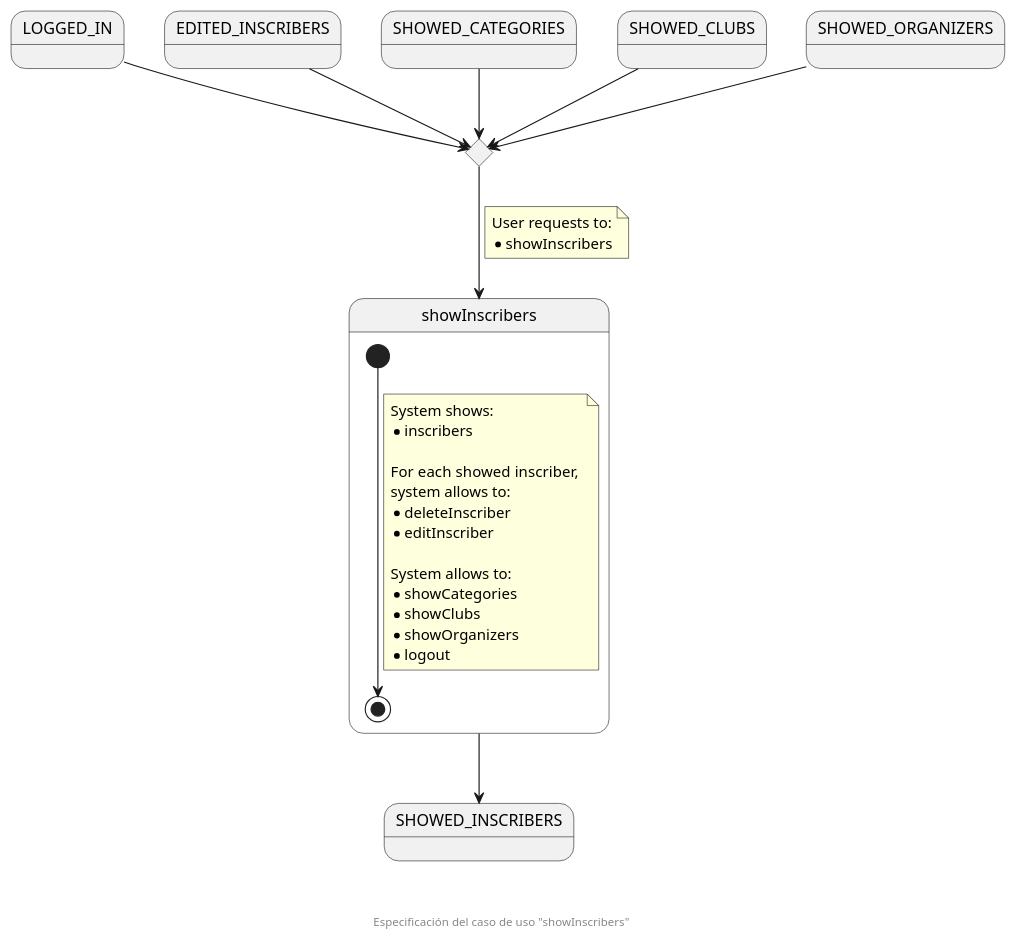
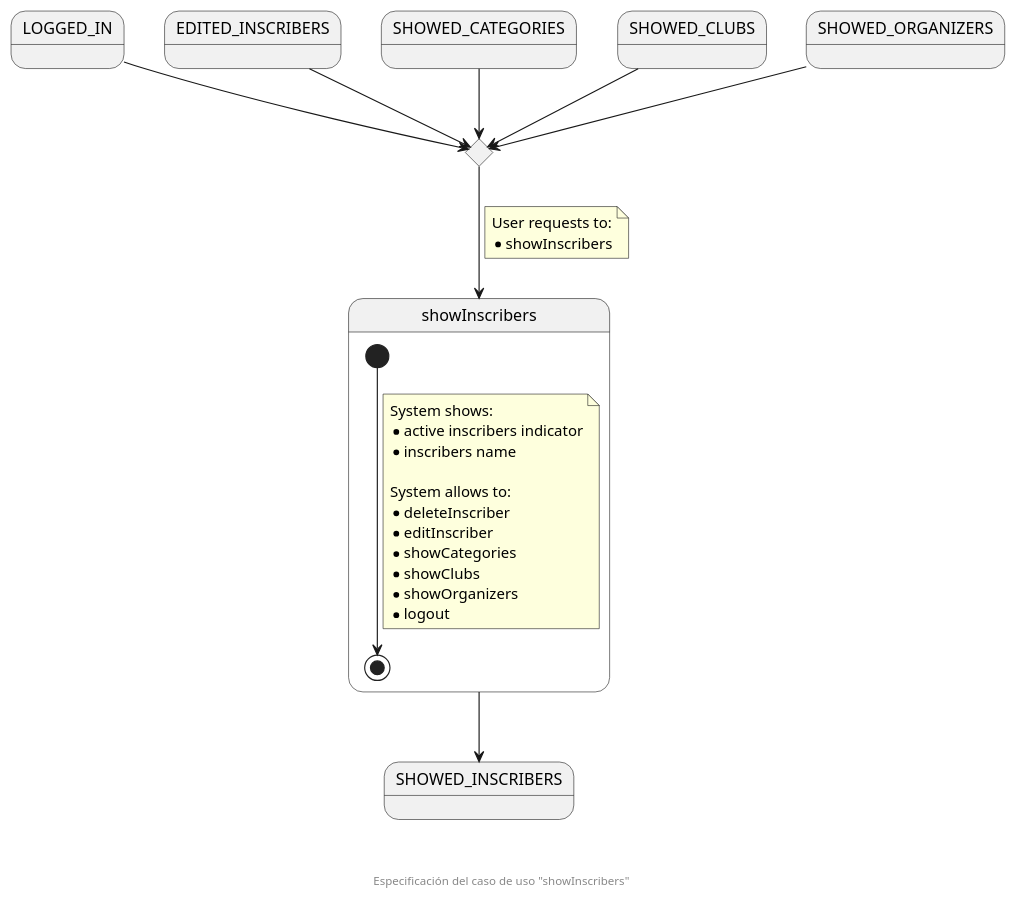
Before and after one commit to zuldare/mastercloud_pfm_halterocms: the diagram in documentation/diagrams/1_requirements/3_useCasesSpecification/organizationSecretary/10_showInscribers.puml, drawn with PlantUML.

Commit message:
Add more detail to inscribers showed data

```diff
--- a/documentation/diagrams/1_requirements/3_useCasesSpecification/organizationSecretary/10_showInscribers.puml
+++ b/documentation/diagrams/1_requirements/3_useCasesSpecification/organizationSecretary/10_showInscribers.puml
@@ -1,44 +1,42 @@
 @startuml
 state LOGGED_IN
 state EDITED_INSCRIBERS
 state SHOWED_CATEGORIES
 state SHOWED_CLUBS
 state SHOWED_ORGANIZERS
 
 state enterShowInscriberCHC <<choice>>
 
 state showInscribers {
   [*] --> [*]
   note on link
     System shows:
-    * inscribers
+    * active inscribers indicator
+    * inscribers name
 
-    For each showed inscriber, 
-    system allows to:
+    System allows to:
     * deleteInscriber
     * editInscriber
-
-    System allows to:
     * showCategories
     * showClubs
     * showOrganizers
     * logout
   end note
 }
 state SHOWED_INSCRIBERS
 
 LOGGED_IN --> enterShowInscriberCHC
 EDITED_INSCRIBERS --> enterShowInscriberCHC
 SHOWED_CATEGORIES --> enterShowInscriberCHC
 SHOWED_CLUBS --> enterShowInscriberCHC
 SHOWED_ORGANIZERS --> enterShowInscriberCHC
 
 enterShowInscriberCHC --> showInscribers
 note on link
   User requests to:
   * showInscribers
 end note
 showInscribers --> SHOWED_INSCRIBERS
 
 footer \n\n\n Especificación del caso de uso "showInscribers"
 @enduml
```
